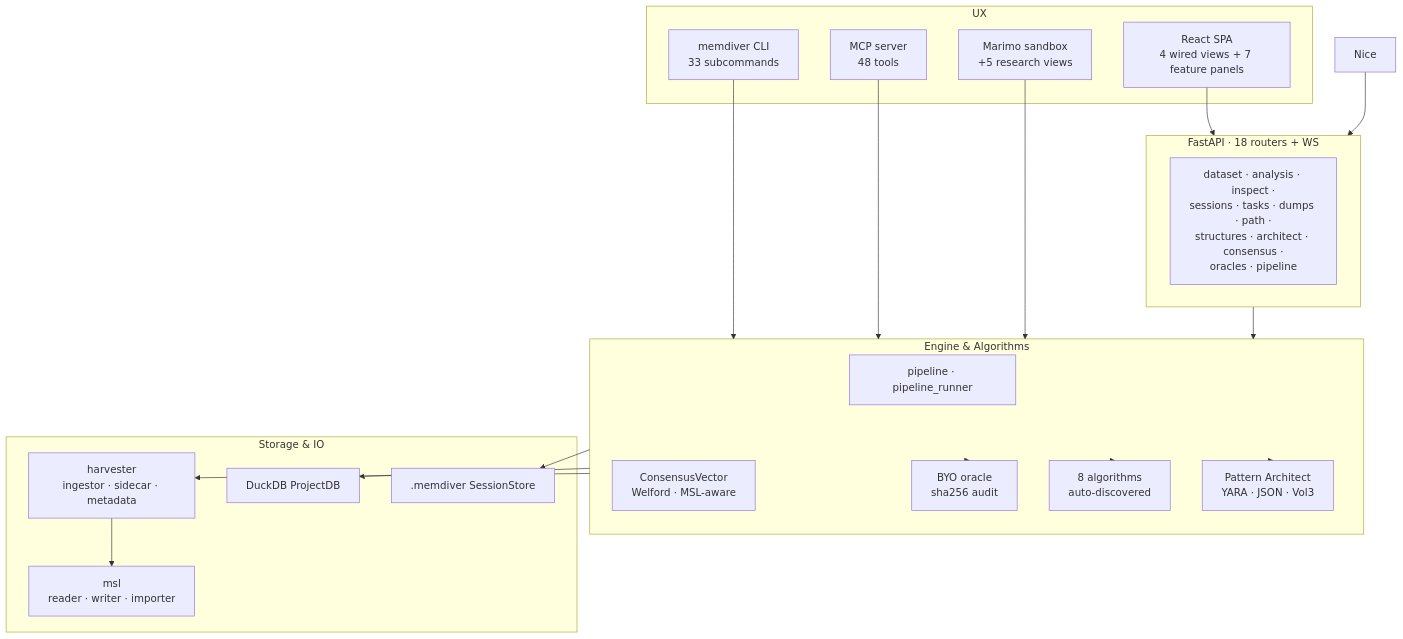
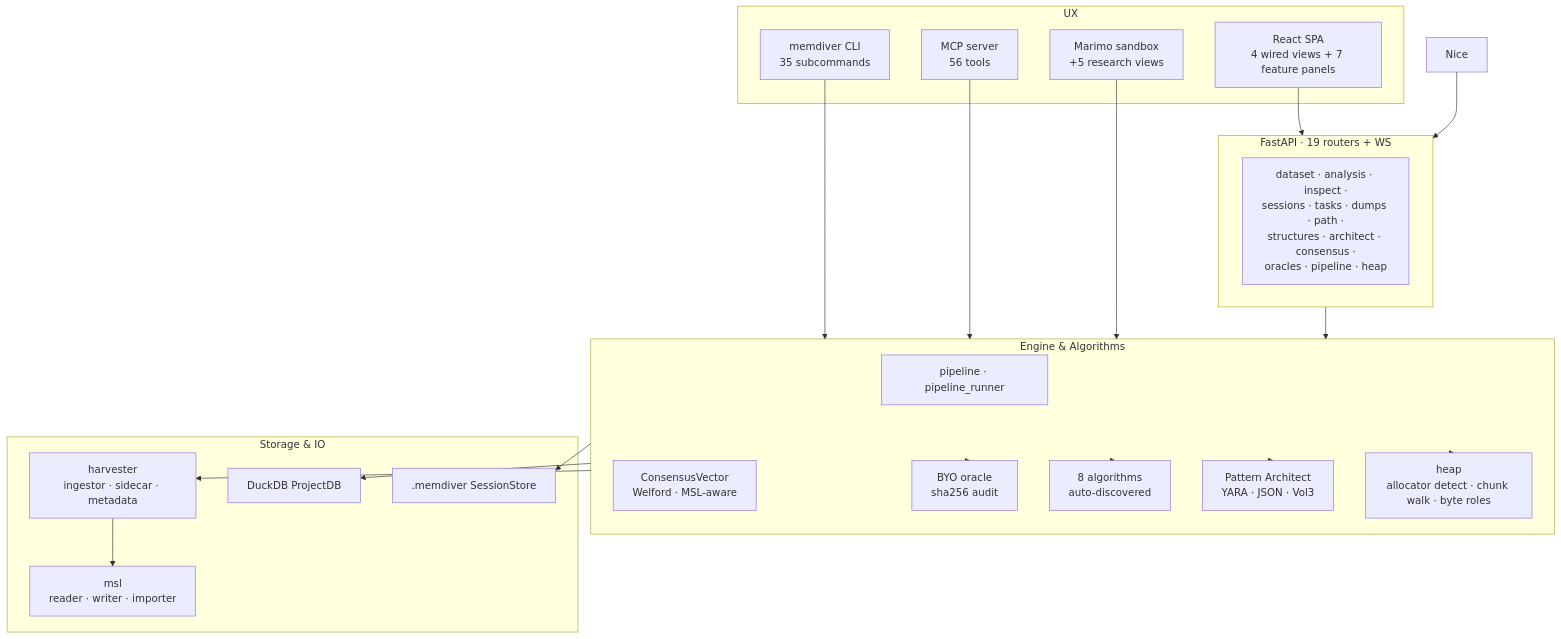
Before and after one commit to MemorySlice/MemDiver: the diagram in docs/architecture/index.md, drawn with Mermaid. The commit also changed other lines of this file and 207 other files, not shown here.

Commit message:
serveral improvements (new heap allocator awareness (still early version); fixes regarding the specification; fixes in the documentation; also allow importing only certain parts of a .msl file

````diff
--- a/docs/architecture/index.md
+++ b/docs/architecture/index.md
@@ -5,38 +9,40 @@
 ```{mermaid}
 flowchart TB
     subgraph UX
         Web[React SPA<br/>4 wired views + 7 feature panels]
-        CLI[memdiver CLI<br/>33 subcommands]
-        MCP[MCP server<br/>48 tools]
+        CLI[memdiver CLI<br/>35 subcommands]
+        MCP[MCP server<br/>56 tools]
         Marimo[Marimo sandbox<br/>+5 research views]
     end
-    subgraph API[FastAPI · 18 routers + WS]
-        Routers[dataset · analysis · inspect ·<br/>sessions · tasks · dumps · path ·<br/>structures · architect · consensus ·<br/>oracles · pipeline]
+    subgraph API[FastAPI · 19 routers + WS]
+        Routers[dataset · analysis · inspect ·<br/>sessions · tasks · dumps · path ·<br/>structures · architect · consensus ·<br/>oracles · pipeline · heap]
     end
     subgraph Engine[Engine &amp; Algorithms]
         Pipeline[pipeline · pipeline_runner]
         Consensus[ConsensusVector<br/>Welford · MSL-aware]
         Oracle[BYO oracle<br/>sha256 audit]
         Algos[8 algorithms<br/>auto-discovered]
         Architect[Pattern Architect<br/>YARA · JSON · Vol3]
+        Heap[heap<br/>allocator detect · chunk walk · byte roles]
     end
     subgraph Storage[Storage &amp; IO]
         Harvester[harvester<br/>ingestor · sidecar · metadata]
         MSL[msl<br/>reader · writer · importer]
         ProjectDB[DuckDB ProjectDB]
         Sessions[.memdiver SessionStore]
     end
     Web --> API
     CLI --> Engine
     MCP --> Engine
     Marimo --> Engine
     Nice --> API
     API --> Engine
     Engine --> Algos
     Engine --> Oracle
     Engine --> Architect
+    Engine --> Heap
     Engine --> Harvester
     Harvester --> MSL
     Engine --> ProjectDB
     Engine --> Sessions
 ```
````
